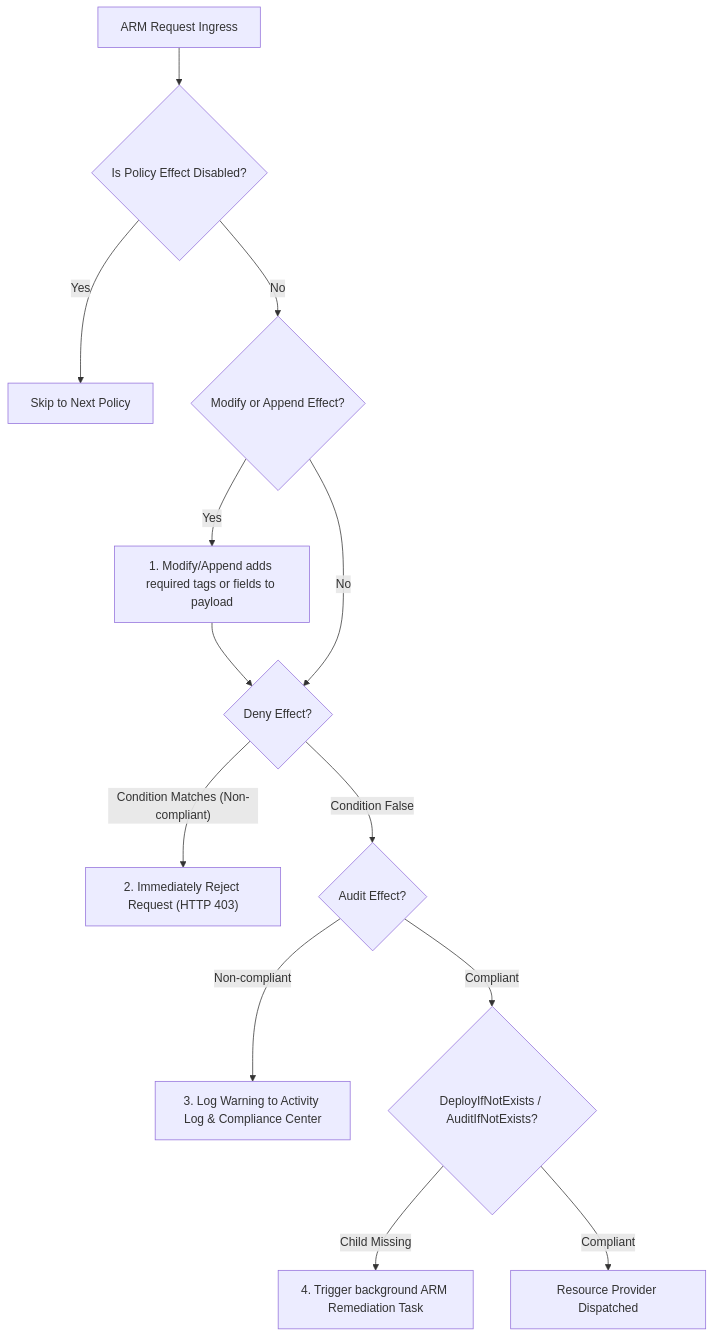
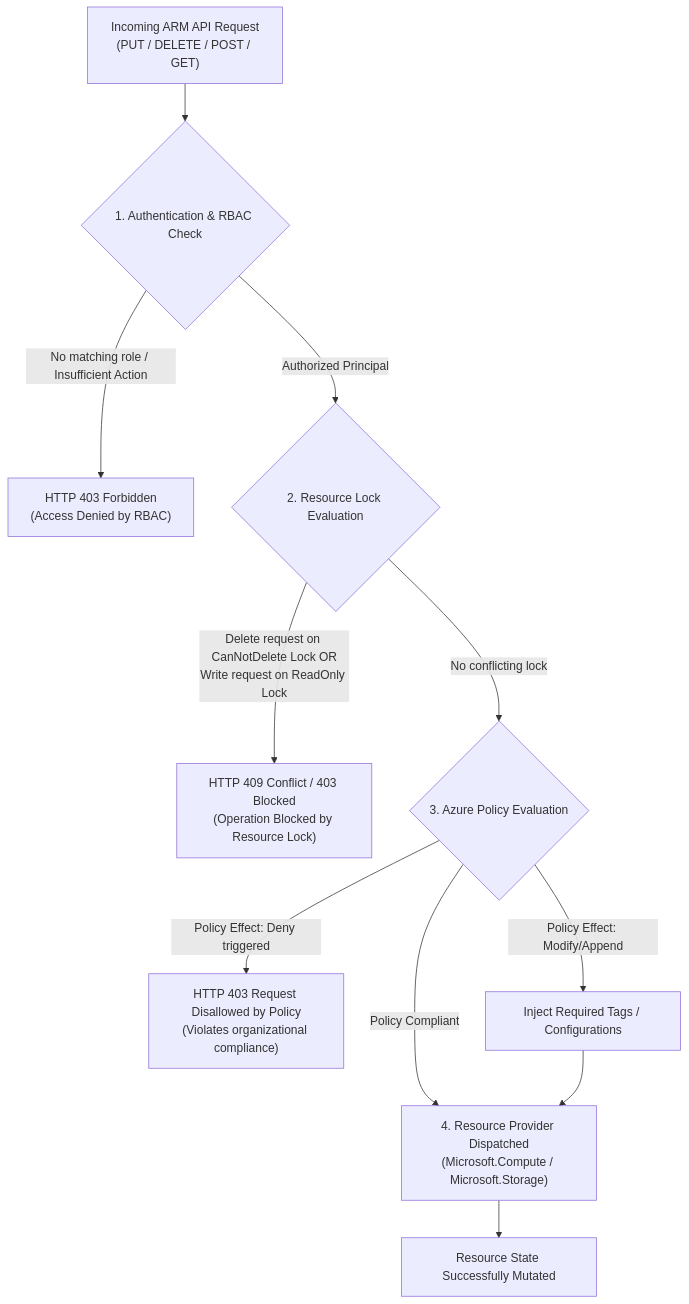
Before and after one commit to kmashour/BrainDump: the first of 2 diagrams in Reference Notes/13-104-03_administer_governance_and_compliance.md, drawn with Mermaid. The commit also changed other lines of this file and 13 other files, not shown here.

Commit message:
feat(az-104): re-architect complete 12-module curriculum into progressive masterclass lecture series with lab bridges

````diff
--- a/Reference Notes/13-104-03_administer_governance_and_compliance.md
+++ b/Reference Notes/13-104-03_administer_governance_and_compliance.md
@@ -429,19 +148,17 @@
 ```mermaid
 flowchart TD
-    Start["ARM Request Ingress"] --> DisabledCheck{"Is Policy Effect Disabled?"}
-    DisabledCheck -- Yes --> NextPolicy["Skip to Next Policy"]
-    DisabledCheck -- No --> ModifyCheck{"Modify or Append Effect?"}
+    Req["Incoming ARM API Request\n(PUT / DELETE / POST / GET)"] --> Step1{"1. Authentication & RBAC Check"}
     
-    ModifyCheck -- Yes --> ApplyModify["1. Modify/Append adds required tags or fields to payload"]
-    ApplyModify --> DenyCheck
-    ModifyCheck -- No --> DenyCheck{"Deny Effect?"}
+    Step1 -- "No matching role / Insufficient Action" --> Deny403["HTTP 403 Forbidden\n(Access Denied by RBAC)"]
+    Step1 -- "Authorized Principal" --> Step2{"2. Resource Lock Evaluation"}
     
-    DenyCheck -- "Condition Matches (Non-compliant)" --> BlockReq["2. Immediately Reject Request (HTTP 403)"]
-    DenyCheck -- "Condition False" --> AuditCheck{"Audit Effect?"}
+    Step2 -- "Delete request on CanNotDelete Lock OR\nWrite request on ReadOnly Lock" --> LockBlock["HTTP 409 Conflict / 403 Blocked\n(Operation Blocked by Resource Lock)"]
+    Step2 -- "No conflicting lock" --> Step3{"3. Azure Policy Evaluation"}
     
-    AuditCheck -- "Non-compliant" --> LogAudit["3. Log Warning to Activity Log & Compliance Center"]
-    AuditCheck -- Compliant --> DeployCheck{"DeployIfNotExists / AuditIfNotExists?"}
+    Step3 -- "Policy Effect: Deny triggered" --> PolicyDeny["HTTP 403 Request Disallowed by Policy\n(Violates organizational compliance)"]
+    Step3 -- "Policy Effect: Modify/Append" --> Transform["Inject Required Tags / Configurations"]
+    Step3 -- "Policy Compliant" --> Step4["4. Resource Provider Dispatched\n(Microsoft.Compute / Microsoft.Storage)"]
     
-    DeployCheck -- "Child Missing" --> Remediate["4. Trigger background ARM Remediation Task"]
-    DeployCheck -- Compliant --> Success["Resource Provider Dispatched"]
+    Transform --> Step4
+    Step4 --> Complete["Resource State Successfully Mutated"]
 ```
````
